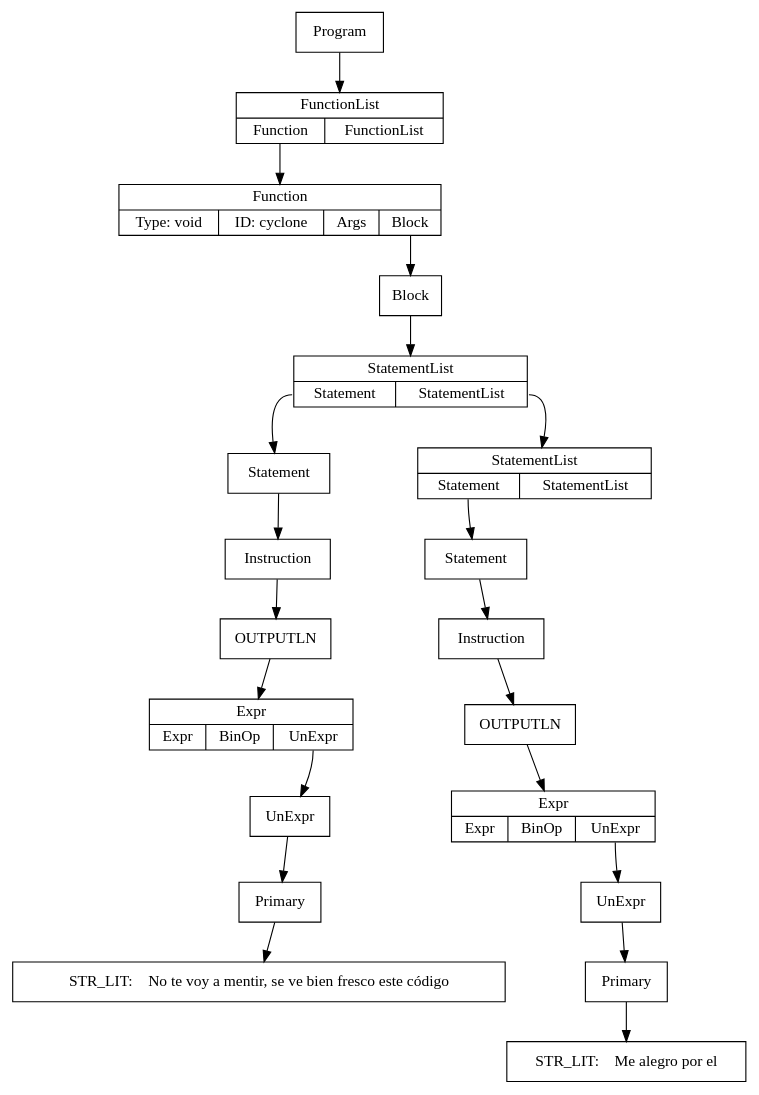
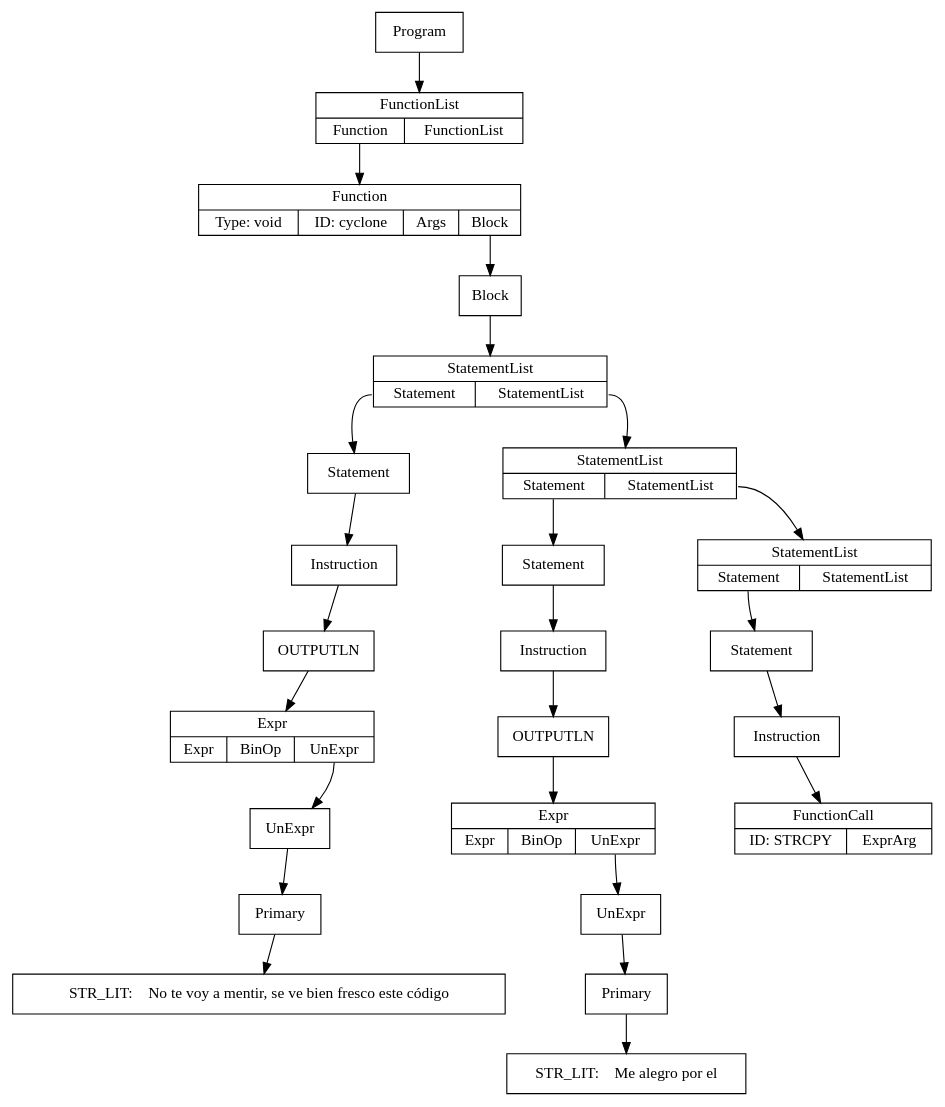
One commit to s-rom/CycloneCompiler changed the diagram in InfoFiles/comp2.dot. Above: the diagram before and after it, drawn with Graphviz. The commit also changed 15 other files, not shown here.

```diff
--- a/InfoFiles/comp2.dot
+++ b/InfoFiles/comp2.dot
@@ -1,44 +1,52 @@
 digraph ccTree {
 graph[nodesep="1"]
 	node [shape=box]
 	node [shape=box]
 	n0 [label = "Primary"]
 	n1 [label = "STR_LIT:    No te voy a mentir, se ve bien fresco este código"]
 	n0-> n1
 	n2 [label = "UnExpr"]
 	n2-> n0
 	n3 [label = "{Expr | {<e>Expr | <bo>BinOp | <ue>UnExpr}}", shape="record"]
 	n3:ue-> n2
 	n4 [label = "Instruction"]
 	n5 [label = "OUTPUTLN"]
 	n4-> n5
 	n5-> n3
 	n6 [label = "Statement"]
 	n6-> n4
 	n7 [label = "Primary"]
 	n8 [label = "STR_LIT:    Me alegro por el"]
 	n7-> n8
 	n9 [label = "UnExpr"]
 	n9-> n7
 	n10 [label = "{Expr | {<e>Expr | <bo>BinOp | <ue>UnExpr}}", shape="record"]
 	n10:ue-> n9
 	n11 [label = "Instruction"]
 	n12 [label = "OUTPUTLN"]
 	n11-> n12
 	n12-> n10
 	n13 [label = "Statement"]
 	n13-> n11
-	n14 [label = "{StatementList | {<s>Statement | <sl>StatementList}}", shape="record"]
-	n14:s-> n13
-	n15 [label = "{StatementList | {<s>Statement | <sl>StatementList}}", shape="record"]
-	n15:s-> n6
-	n15:sl-> n14
-	n16 [label = "Block"]
+	n14 [label = "{FunctionCall | { ID: STRCPY | <e>ExprArg}}", shape="record"]
+	n15 [label = "Instruction"]
+	n15-> n14
+	n16 [label = "Statement"]
 	n16-> n15
-	n17 [label = "{Function | {Type: void | ID: cyclone | <a>Args | <b>Block}}", shape="record"]
-	n17:b-> n16
-	n18 [label = "{FunctionList | {<f> Function | <fl> FunctionList}}", shape="record"]
-	n18:f-> n17
-	n19 [label = "Program"]
-	n19-> n18
+	n17 [label = "{StatementList | {<s>Statement | <sl>StatementList}}", shape="record"]
+	n17:s-> n16
+	n18 [label = "{StatementList | {<s>Statement | <sl>StatementList}}", shape="record"]
+	n18:s-> n13
+	n18:sl-> n17
+	n19 [label = "{StatementList | {<s>Statement | <sl>StatementList}}", shape="record"]
+	n19:s-> n6
+	n19:sl-> n18
+	n20 [label = "Block"]
+	n20-> n19
+	n21 [label = "{Function | {Type: void | ID: cyclone | <a>Args | <b>Block}}", shape="record"]
+	n21:b-> n20
+	n22 [label = "{FunctionList | {<f> Function | <fl> FunctionList}}", shape="record"]
+	n22:f-> n21
+	n23 [label = "Program"]
+	n23-> n22
 }
```
